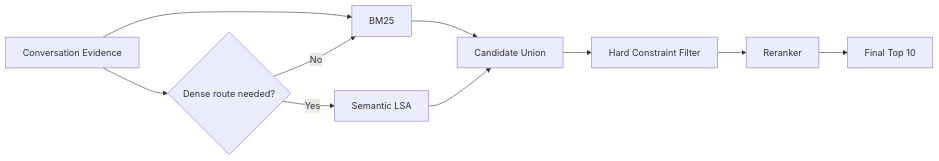
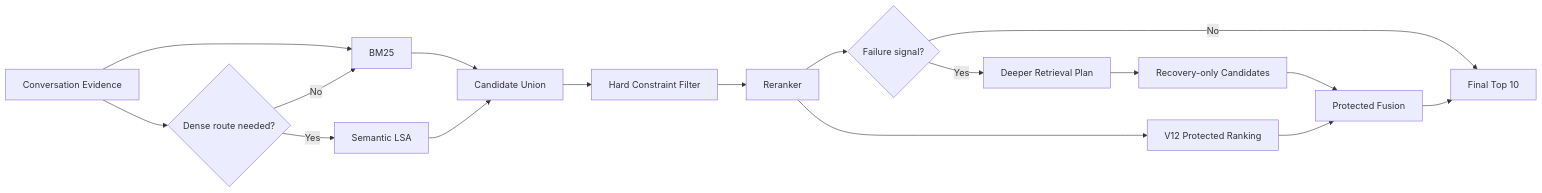
The third of 5 diagrams in README.md (rishu1903/larpers-go-shopping), drawn with Mermaid before and after one commit. The commit also changed other lines of this file, not shown here.

Commit message:
docs: document V13 protected recovery

````diff
--- a/README.md
+++ b/README.md
@@ -121,16 +151,28 @@
 ```mermaid
 flowchart LR
     M[Conversation Evidence] --> B[BM25]
 
     M --> G{Dense route needed?}
 
     G -->|No| B
     G -->|Yes| S[Semantic LSA]
 
     B --> U[Candidate Union]
     S --> U
 
     U --> HC[Hard Constraint Filter]
     HC --> RR[Reranker]
-    RR --> T10[Final Top 10]
+
+    RR --> F{Failure signal?}
+
+    F -->|No| T10[Final Top 10]
+
+    F -->|Yes| DP[Deeper Retrieval Plan]
+    RR --> VP[V12 Protected Ranking]
+
+    DP --> PR[Recovery-only Candidates]
+    VP --> PF[Protected Fusion]
+    PR --> PF
+
+    PF --> T10
 ```
````
